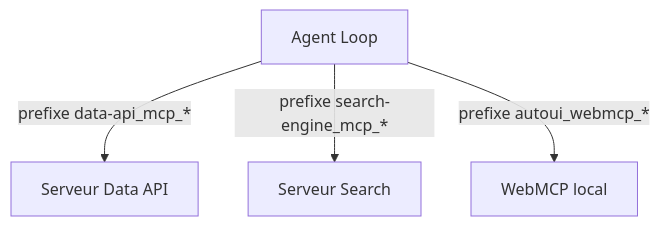
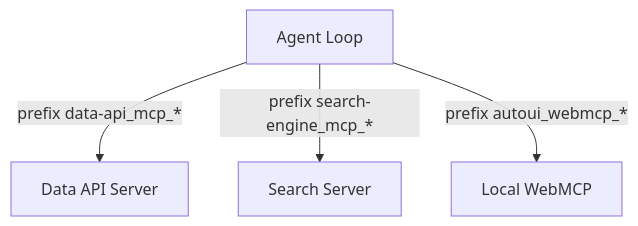
One commit to jeanbaptiste/webmcp-auto-ui changed the third of 3 diagrams in docs/starlight/src/content/docs/tutorials/connect-mcp-server.mdx. Above: the diagram before and after it, drawn with Mermaid. The commit also changed other lines of this file and 94 other files, not shown here.

````diff
--- a/docs/starlight/src/content/docs/tutorials/connect-mcp-server.mdx
+++ b/docs/starlight/src/content/docs/tutorials/connect-mcp-server.mdx
@@ -242,6 +182,6 @@
 ```mermaid
 graph TD
-    Agent[Agent Loop] -->|prefixe data-api_mcp_*| Data[Serveur Data API]
-    Agent -->|prefixe search-engine_mcp_*| Search[Serveur Search]
-    Agent -->|prefixe autoui_webmcp_*| WebMCP[WebMCP local]
+    Agent[Agent Loop] -->|prefix data-api_mcp_*| Data[Data API Server]
+    Agent -->|prefix search-engine_mcp_*| Search[Search Server]
+    Agent -->|prefix autoui_webmcp_*| WebMCP[Local WebMCP]
 ```
````
